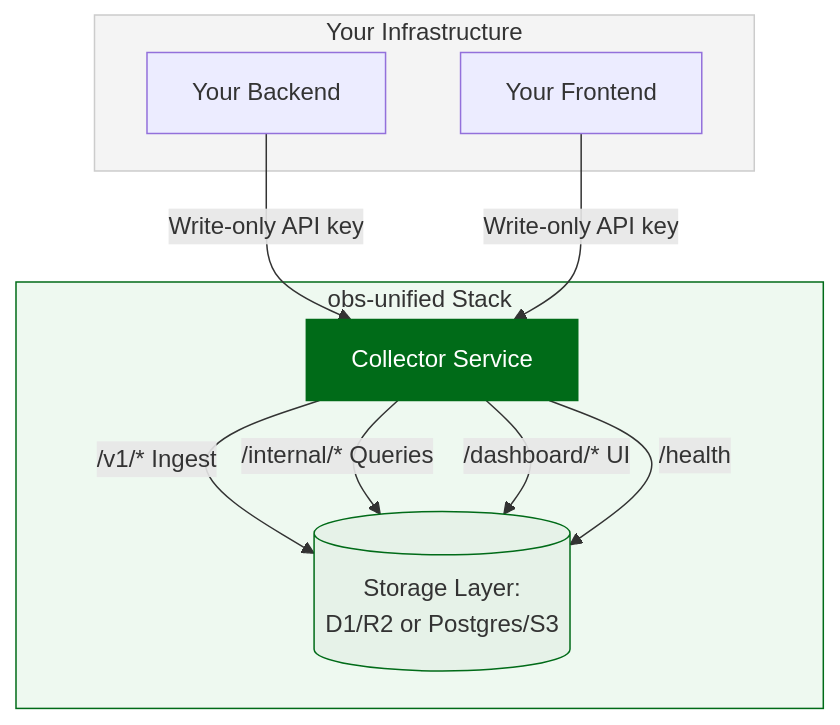
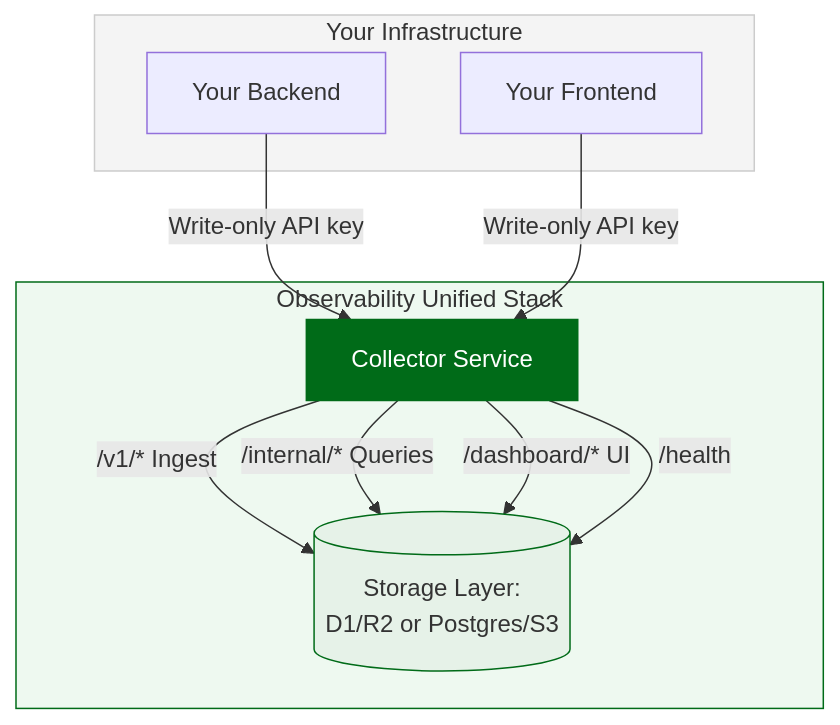
The second of 2 diagrams in README.md (dev-sawan-ruparel/obs-unified), drawn with Mermaid before and after one commit. The commit also changed other lines of this file and 114 other files, not shown here.

````diff
--- a/README.md
+++ b/README.md
@@ -259,25 +260,25 @@
 ```mermaid
 graph TD
     subgraph Infrastructure ["Your Infrastructure"]
         BE[Your Backend]
         FE[Your Frontend]
     end
 
-    subgraph ObsStack ["obs-unified Stack"]
+    subgraph ObsStack ["Observability Unified Stack"]
         CS[Collector Service]
         DB[(Storage Layer:<br/>D1/R2 or Postgres/S3)]
     end
 
     BE -->|Write-only API key| CS
     FE -->|Write-only API key| CS
 
     CS -->|/v1/* Ingest| DB
     CS -->|/internal/* Queries| DB
     CS -->|/dashboard/* UI| DB
     CS -->|/health| DB
 
     style Infrastructure fill:#f4f4f4,stroke:#ccc,stroke-width:1px
     style ObsStack fill:#eef9f0,stroke:#006B18,stroke-width:1px
     style CS fill:#006B18,stroke:#006B18,color:#fff
     style DB fill:#e6f2e8,stroke:#006B18
 ```
````
